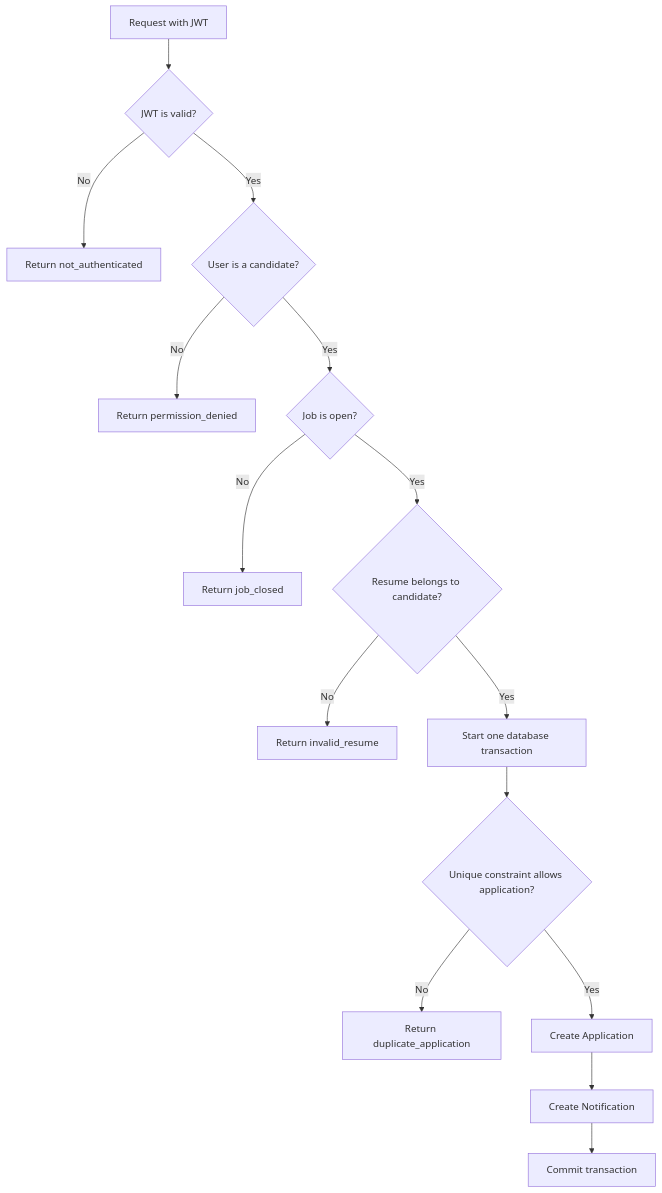
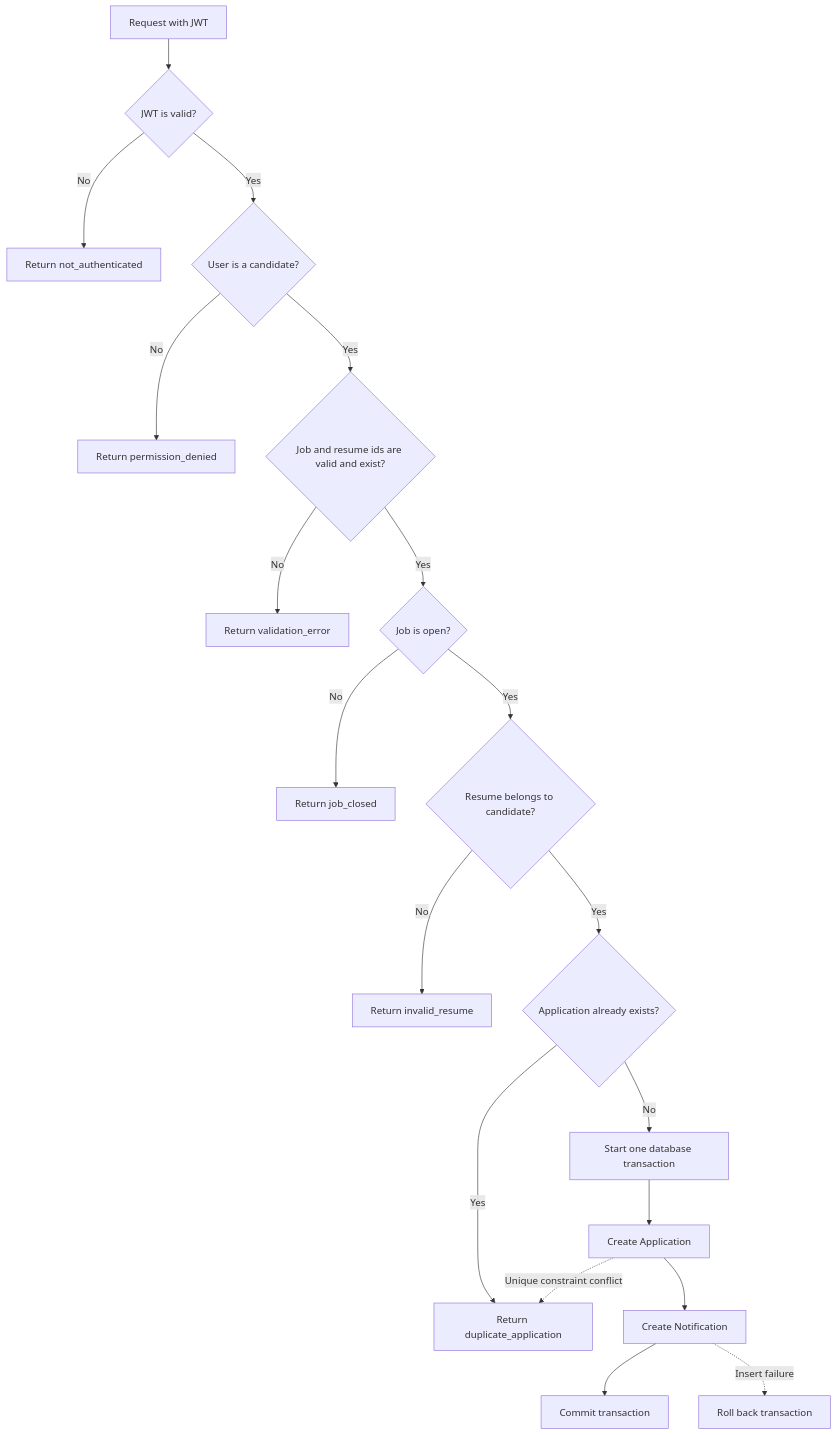
The second of 2 diagrams in README.md (UprightCode-hub/CodeAlpha_JobBoard), drawn with Mermaid before and after one commit. The commit also changed other lines of this file and 34 other files, not shown here.

````diff
--- a/README.md
+++ b/README.md
@@ -117,17 +282,21 @@
 ```mermaid
 flowchart TD
     A[Request with JWT] --> B{JWT is valid?}
     B -- No --> X[Return not_authenticated]
     B -- Yes --> C{User is a candidate?}
     C -- No --> Y[Return permission_denied]
-    C -- Yes --> D{Job is open?}
-    D -- No --> Z[Return job_closed]
-    D -- Yes --> E{Resume belongs to candidate?}
-    E -- No --> W[Return invalid_resume]
-    E -- Yes --> F[Start one database transaction]
-    F --> G{Unique constraint allows application?}
-    G -- No --> X2[Return duplicate_application]
-    G -- Yes --> H[Create Application]
-    H --> I[Create Notification]
-    I --> J[Commit transaction]
+    C -- Yes --> D{Job and resume ids are valid and exist?}
+    D -- No --> V[Return validation_error]
+    D -- Yes --> E{Job is open?}
+    E -- No --> Z[Return job_closed]
+    E -- Yes --> F{Resume belongs to candidate?}
+    F -- No --> W[Return invalid_resume]
+    F -- Yes --> G{Application already exists?}
+    G -- Yes --> X2[Return duplicate_application]
+    G -- No --> H[Start one database transaction]
+    H --> I[Create Application]
+    I --> J[Create Notification]
+    J --> K[Commit transaction]
+    I -. Unique constraint conflict .-> X2
+    J -. Insert failure .-> L[Roll back transaction]
 ```
````
